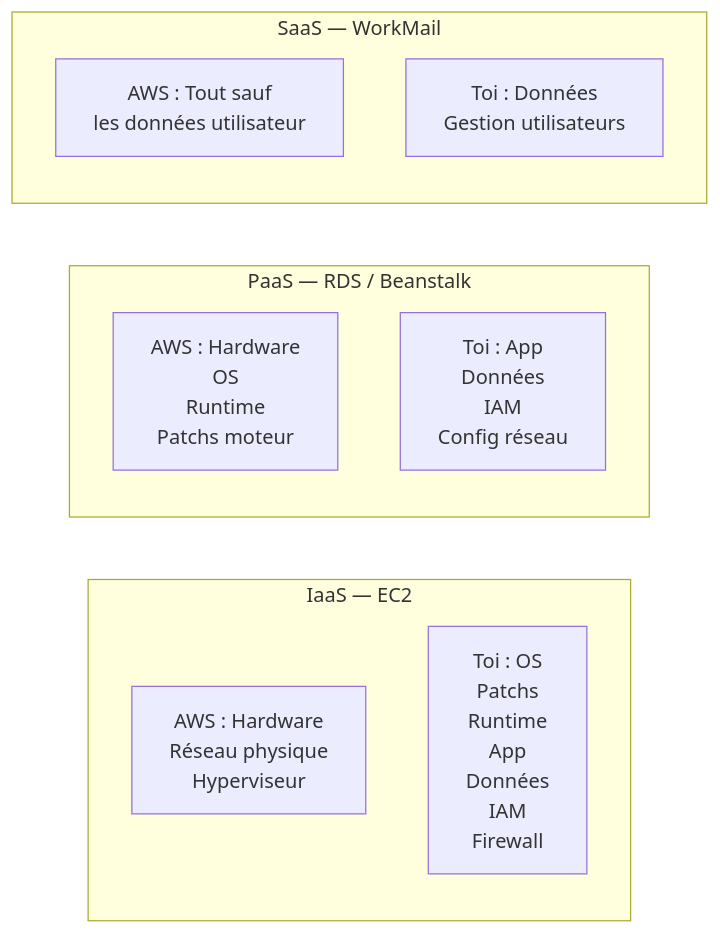
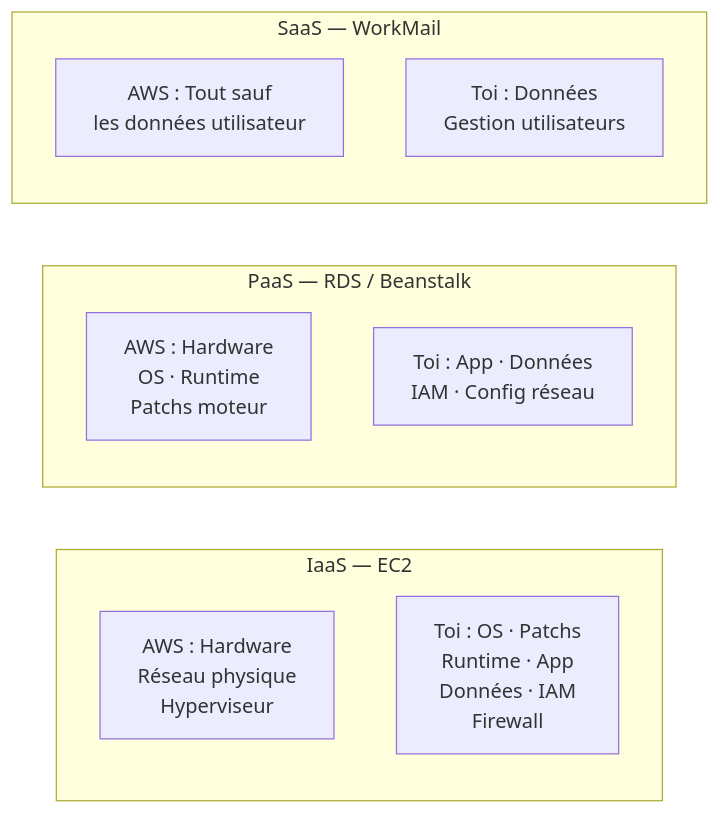
The second of 2 diagrams in courses/cloud-aws/aws_module_01_concepts_cloud.md (Gooseppr/GevOps_LC), drawn with Mermaid before and after one commit. The commit also changed other lines of this file and 23 other files, not shown here.

````diff
--- a/courses/cloud-aws/aws_module_01_concepts_cloud.md
+++ b/courses/cloud-aws/aws_module_01_concepts_cloud.md
@@ -221,15 +215,15 @@
 ```mermaid
 graph LR
     subgraph IaaS["IaaS — EC2"]
         A1[AWS : Hardware\nRéseau physique\nHyperviseur]
-        B1[Toi : OS\nPatchs\nRuntime\nApp\nDonnées\nIAM\nFirewall]
+        B1[Toi : OS · Patchs\nRuntime · App\nDonnées · IAM\nFirewall]
     end
     subgraph PaaS["PaaS — RDS / Beanstalk"]
-        A2[AWS : Hardware\nOS\nRuntime\nPatchs moteur]
-        B2[Toi : App\nDonnées\nIAM\nConfig réseau]
+        A2[AWS : Hardware\nOS · Runtime\nPatchs moteur]
+        B2[Toi : App · Données\nIAM · Config réseau]
     end
     subgraph SaaS["SaaS — WorkMail"]
         A3[AWS : Tout sauf\nles données utilisateur]
         B3[Toi : Données\nGestion utilisateurs]
     end
 ```
````
